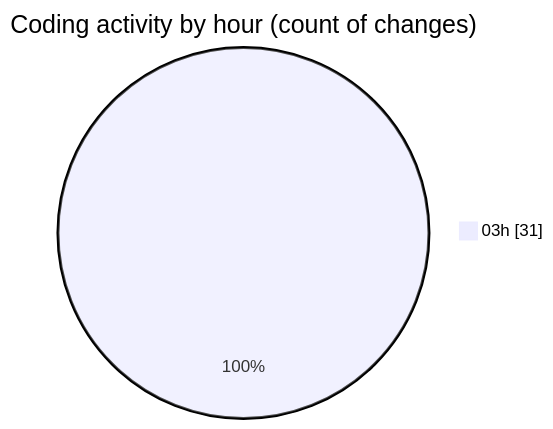
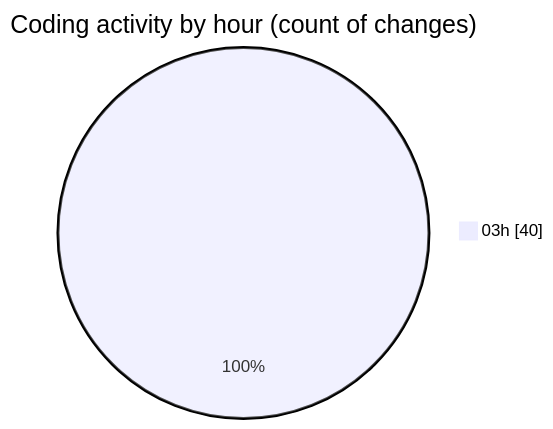
Before and after one commit to Ritupan-Deka/code-tracking: the second of 2 diagrams in 2025-07-02/mern-thinkboard/README.md, drawn with Mermaid. The commit also changed other lines of this file and 1 other file, not shown here.

````diff
--- a/2025-07-02/mern-thinkboard/README.md
+++ b/2025-07-02/mern-thinkboard/README.md
@@ -30,5 +30,5 @@
 ```mermaid
 pie showData
 title Coding activity by hour (count of changes)
-"03h" : 31
+"03h" : 40
 ```
````
